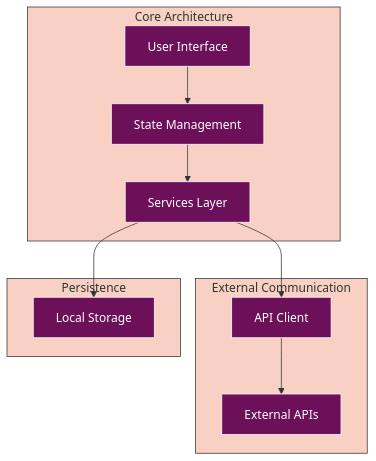
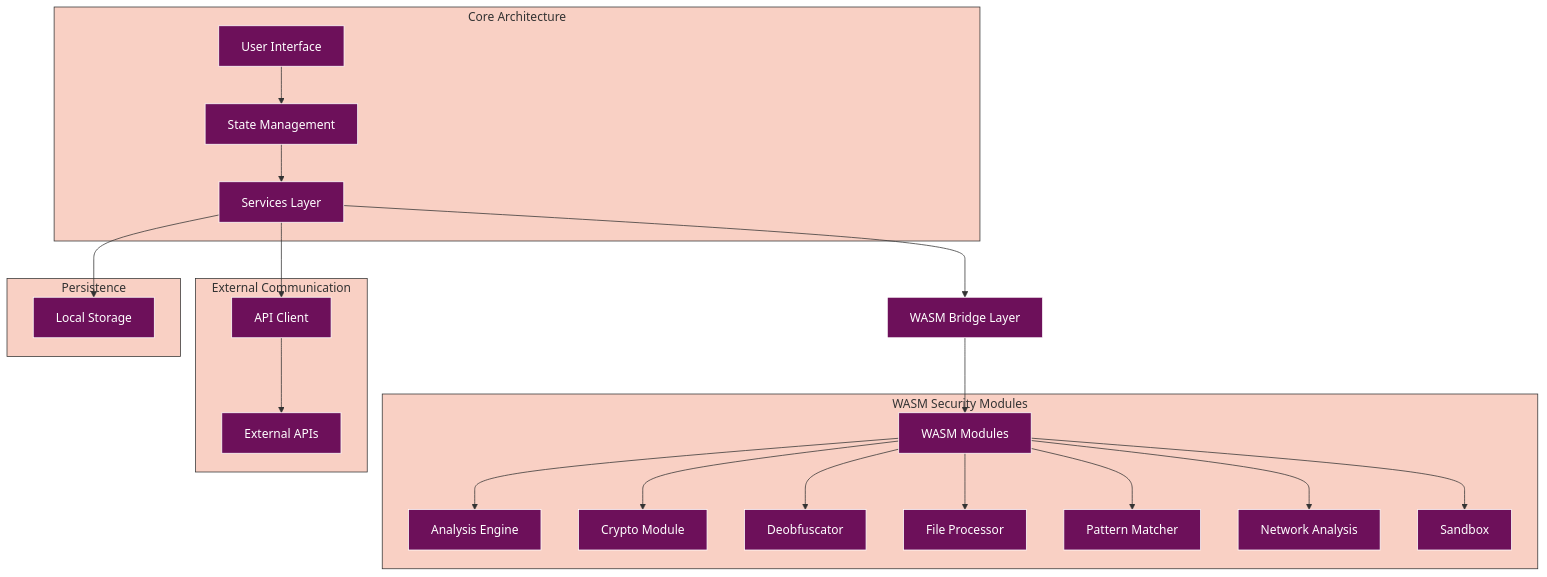
One commit to radicalkjax/Athena changed the diagram in README.md. Above: the diagram before and after it, drawn with Mermaid. The commit also changed other lines of this file and 289 other files, not shown here.

````diff
--- a/README.md
+++ b/README.md
@@ -257,44 +266,56 @@
 ```mermaid
 %%{init: {
   'theme': 'base',
   'themeVariables': {
     'primaryColor': '#6d105a',
     'primaryTextColor': '#ffffff',
     'primaryBorderColor': '#ffffff',
     'lineColor': '#333333',
     'secondaryColor': '#e8f4d4',
     'secondaryTextColor': '#333333',
     'secondaryBorderColor': '#333333',
     'tertiaryColor': '#f9d0c4',
     'tertiaryTextColor': '#333333',
     'tertiaryBorderColor': '#333333',
     'background': '#ffffff',
     'mainBkg': '#6d105a',
     'secondBkg': '#e8f4d4',
     'tertiaryBkg': '#f9d0c4',
     'textColor': '#333333',
     'fontFamily': 'Arial, sans-serif'
   }
 }}%%
 flowchart TD
     A[User Interface] --> B[State Management]
     B --> C[Services Layer]
     C --> D[API Client]
     C --> E[Local Storage]
+    C --> W[WASM Bridge Layer]
     D --> F[External APIs]
+    W --> WM[WASM Modules]
     
     subgraph "Core Architecture"
         A
         B
         C
+    end
+    
+    subgraph "WASM Security Modules"
+        WM --> WM1[Analysis Engine]
+        WM --> WM2[Crypto Module]
+        WM --> WM3[Deobfuscator]
+        WM --> WM4[File Processor]
+        WM --> WM5[Pattern Matcher]
+        WM --> WM6[Network Analysis]
+        WM --> WM7[Sandbox]
     end
     
     subgraph "External Communication"
         D
         F
     end
     
     subgraph "Persistence"
         E
     end
 ```
````
